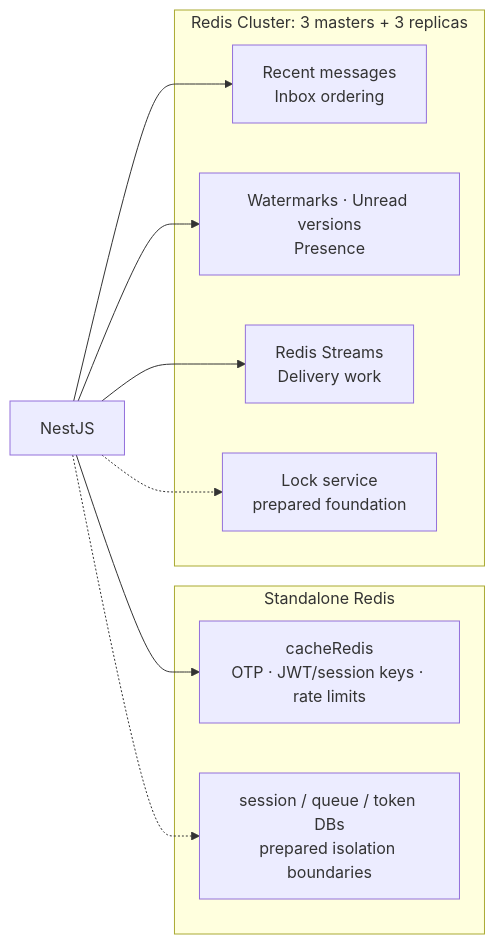
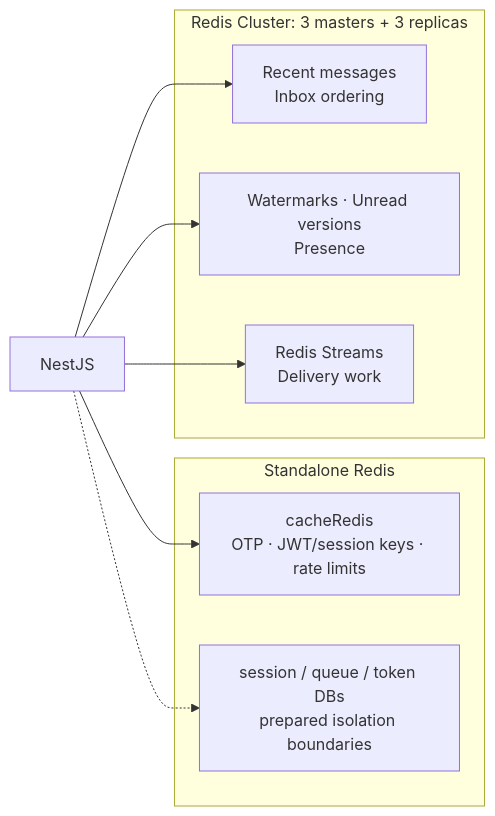
Before and after one commit to hieumn04/social-platform-backend: the second of 2 diagrams in README.md, drawn with Mermaid. The commit also changed other lines of this file, not shown here.

Commit message:
docs: describe hybrid recipient search architecture

````diff
--- a/README.md
+++ b/README.md
@@ -100,23 +110,21 @@
 ```mermaid
 flowchart LR
     API[NestJS]
 
     subgraph Single[Standalone Redis]
         Active["cacheRedis<br/>OTP · JWT/session keys · rate limits"]
         Prepared["session / queue / token DBs<br/>prepared isolation boundaries"]
     end
 
     subgraph Cluster[Redis Cluster: 3 masters + 3 replicas]
         Hot["Recent messages<br/>Inbox ordering"]
         State["Watermarks · Unread versions<br/>Presence"]
         Async["Redis Streams<br/>Delivery work"]
-        Lock["Lock service<br/>prepared foundation"]
     end
 
     API --> Active
     API -.-> Prepared
     API --> Hot
     API --> State
     API --> Async
-    API -.-> Lock
 ```
````
